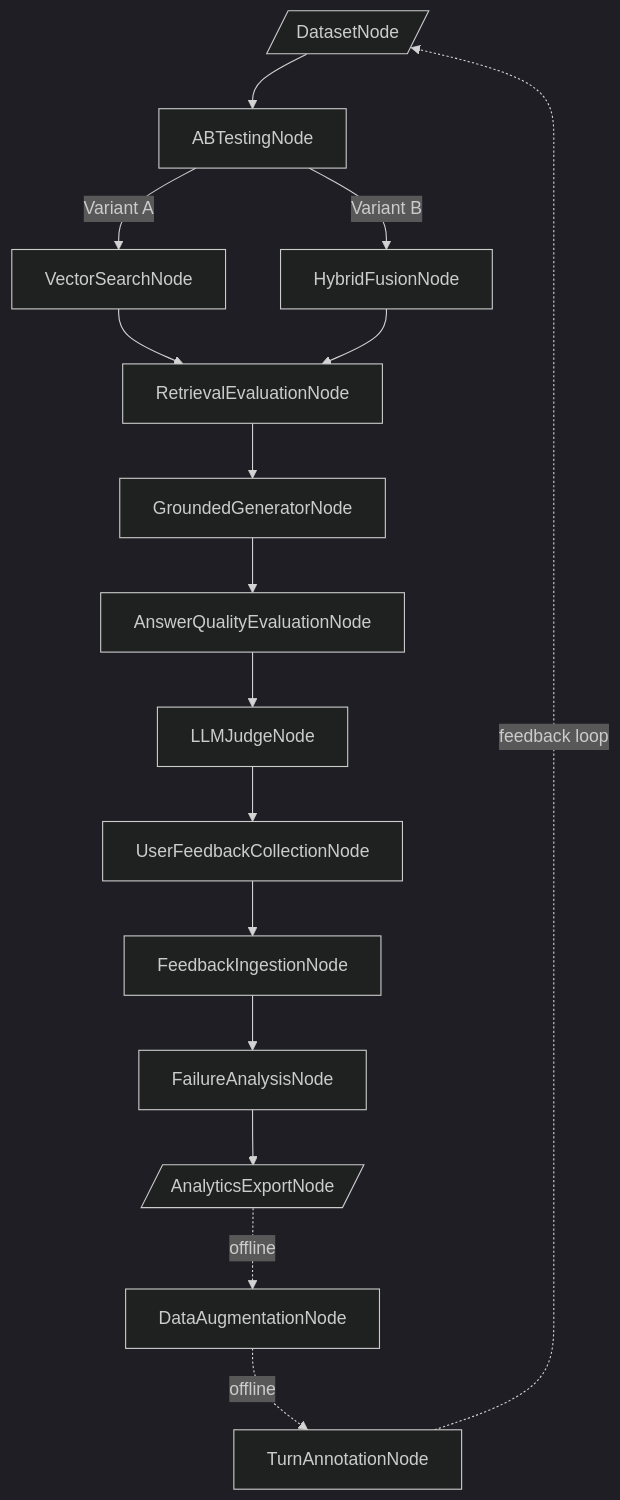
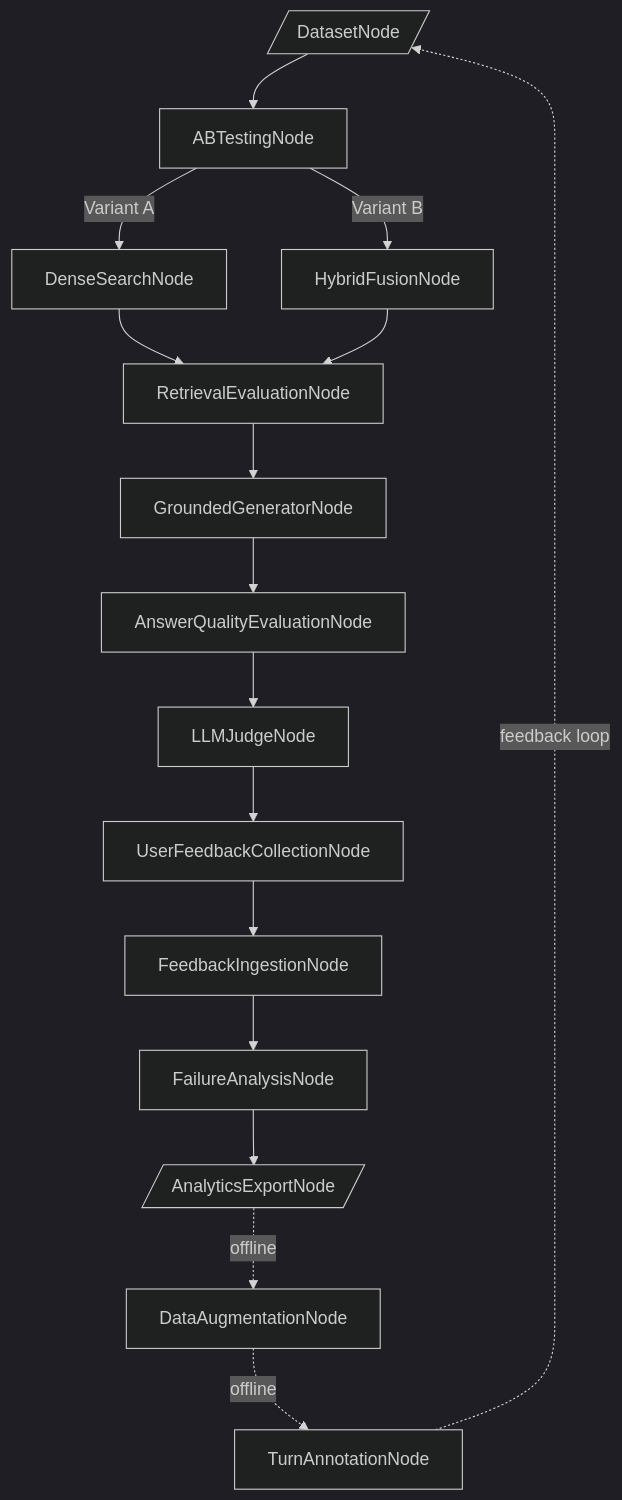
Before and after one commit to ShaojieJiang/orcheo: the sixth of 6 diagrams in docs/conversational_search/demo_design.md, drawn with Mermaid (dark theme). The commit also changed other lines of this file and 48 other files, not shown here.

````diff
--- a/docs/conversational_search/demo_design.md
+++ b/docs/conversational_search/demo_design.md
@@ -376,22 +420,22 @@
 ```mermaid
 graph TD
     Dataset[/DatasetNode/] --> ABTest[ABTestingNode]
 
-    ABTest -->|Variant A| VectorOnly[VectorSearchNode]
+    ABTest -->|Variant A| VectorOnly[DenseSearchNode]
     ABTest -->|Variant B| Hybrid[HybridFusionNode]
 
     VectorOnly --> RetrievalEval[RetrievalEvaluationNode]
     Hybrid --> RetrievalEval
 
     RetrievalEval --> Generator[GroundedGeneratorNode]
     Generator --> AnswerQuality[AnswerQualityEvaluationNode]
     AnswerQuality --> LLMJudge[LLMJudgeNode]
     LLMJudge --> UserFeedback[UserFeedbackCollectionNode]
     UserFeedback --> FeedbackIngest[FeedbackIngestionNode]
     FeedbackIngest --> FailureAnalysis[FailureAnalysisNode]
     FailureAnalysis --> Analytics[/AnalyticsExportNode/]
 
     Analytics -.->|offline| DataAug[DataAugmentationNode]
     DataAug -.->|offline| TurnAnnotation[TurnAnnotationNode]
     TurnAnnotation -.->|feedback loop| Dataset
 ```
````
